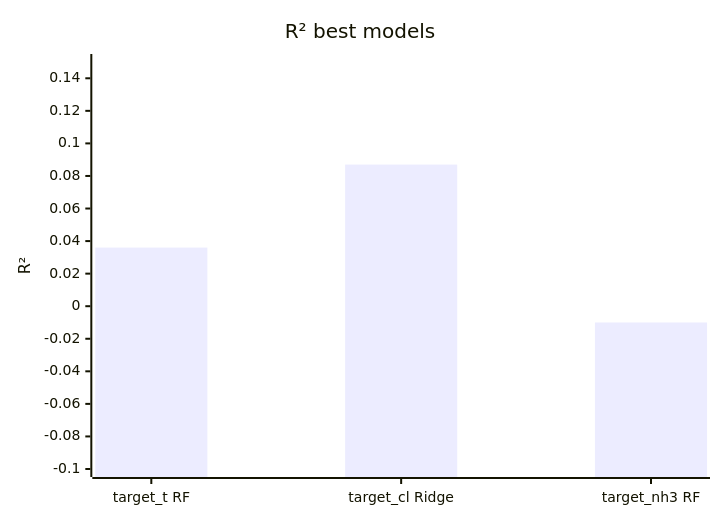
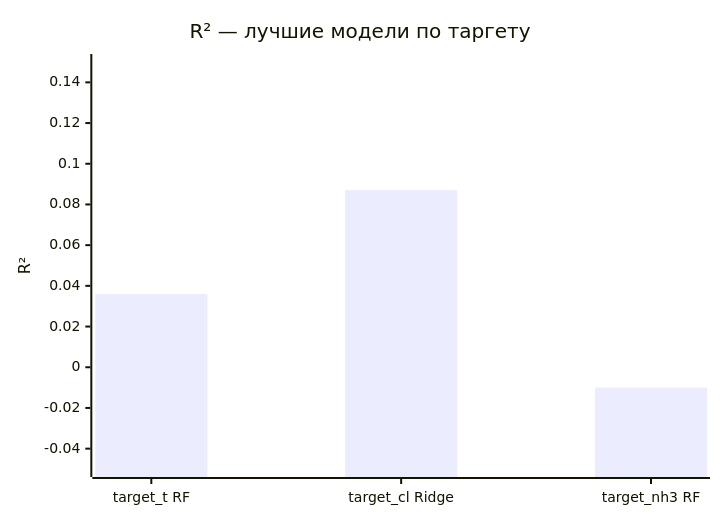
Before and after one commit to Misha-42/soda-ml-carbonation-control: the fifth of 7 diagrams in README.md, drawn with Mermaid. The commit also changed other lines of this file, not shown here.

````diff
--- a/README.md
+++ b/README.md
@@ -209,7 +164,7 @@
 ```mermaid
 xychart-beta
-    title "R² best models"
-    x-axis ["target_t RF", "target_cl Ridge", "target_nh3 RF"]
-    y-axis "R²" -0.1 --> 0.15
+    title "R² — лучшие модели по таргету"
+    x-axis ["target_t  RF", "target_cl  Ridge", "target_nh3  RF"]
+    y-axis "R²" -0.05 --> 0.15
     bar [0.036, 0.087, -0.010]
 ```
````
